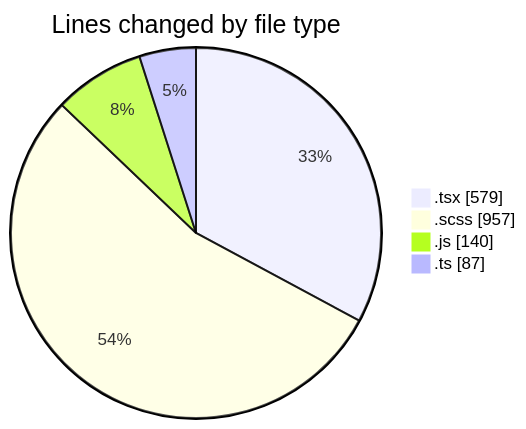
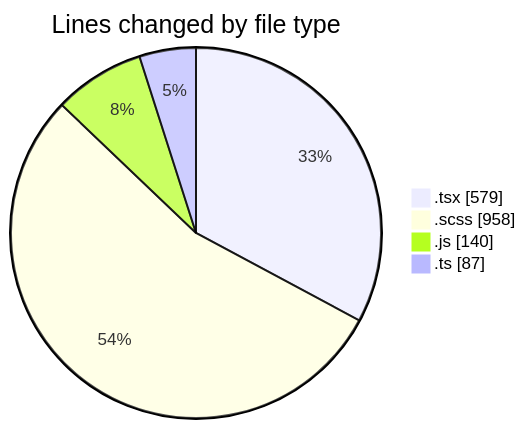
Before and after one commit to momahboobian/code-tracking: the first of 2 diagrams in 2026-03-25/cda/README.md, drawn with Mermaid. The commit also changed other lines of this file and 1 other file, not shown here.

````diff
--- a/2026-03-25/cda/README.md
+++ b/2026-03-25/cda/README.md
@@ -23,8 +23,8 @@
 ```mermaid
 pie showData
 title Lines changed by file type
 ".tsx" : 579
-".scss" : 957
+".scss" : 958
 ".js" : 140
 ".ts" : 87
 ```
````
